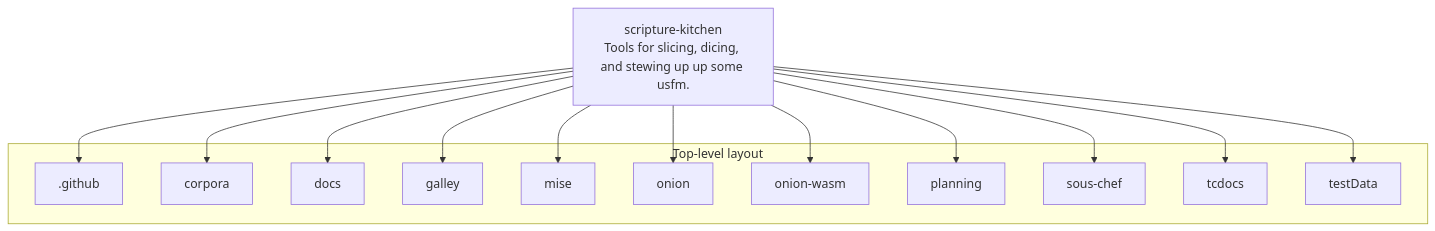
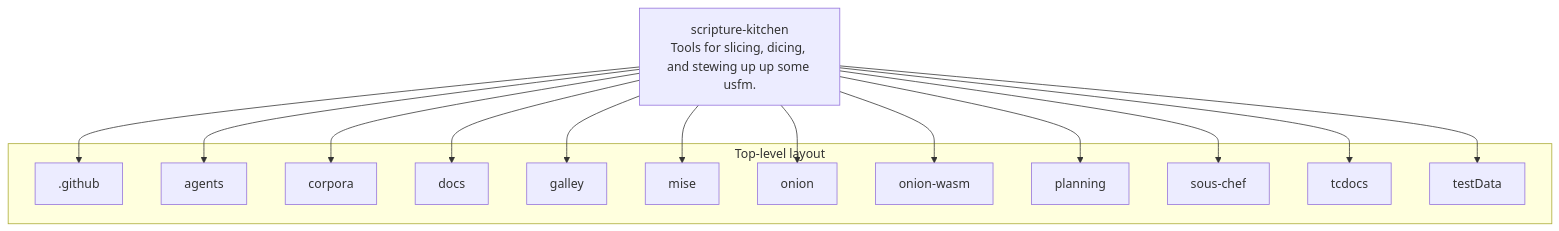
One commit to AnonymousWalker/project-repos-diagram changed the second of 3 diagrams in architecture/WycliffeAssociates/scripture-kitchen-architecture.md. Above: the diagram before and after it, drawn with Mermaid. The commit also changed other lines of this file and 2 other files, not shown here.

Commit message:
chore: refresh architecture diagrams

````diff
--- a/architecture/WycliffeAssociates/scripture-kitchen-architecture.md
+++ b/architecture/WycliffeAssociates/scripture-kitchen-architecture.md
@@ -50,30 +52,32 @@
 ```mermaid
 flowchart TB
   Root["scripture-kitchen<br/>Tools for slicing, dicing, and stewing up up some usfm."]
 
   subgraph structure["Top-level layout"]
     D0[".github"]
-    D1["corpora"]
-    D2["docs"]
-    D3["galley"]
-    D4["mise"]
-    D5["onion"]
-    D6["onion-wasm"]
-    D7["planning"]
-    D8["sous-chef"]
-    D9["tcdocs"]
-    D10["testData"]
+    D1["agents"]
+    D2["corpora"]
+    D3["docs"]
+    D4["galley"]
+    D5["mise"]
+    D6["onion"]
+    D7["onion-wasm"]
+    D8["planning"]
+    D9["sous-chef"]
+    D10["tcdocs"]
+    D11["testData"]
   end
 
   Root --> D0
   Root --> D1
   Root --> D2
   Root --> D3
   Root --> D4
   Root --> D5
   Root --> D6
   Root --> D7
   Root --> D8
   Root --> D9
   Root --> D10
+  Root --> D11
 ```
````
